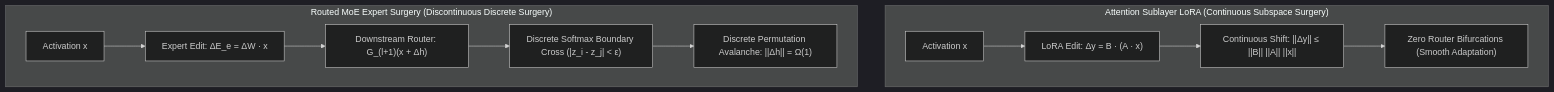
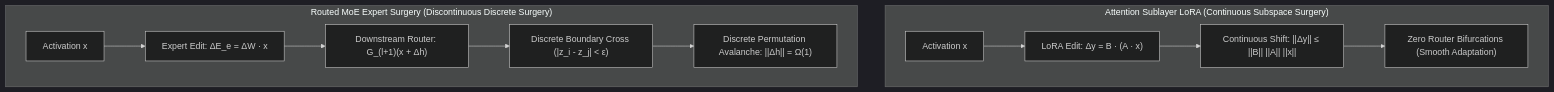
Before and after one commit to srishanthsriramula/ReseachX: the diagram in obsidian/03_Architectures/Attention_LoRA_vs_MoE_Surgery.md, drawn with Mermaid (dark theme). The commit also changed 5 other files, not shown here.

Commit message:
Optimize architectural Mermaid diagrams into single-column responsive vertical layouts to guarantee 100% fit on all screen sizes

````diff
--- a/obsidian/03_Architectures/Attention_LoRA_vs_MoE_Surgery.md
+++ b/obsidian/03_Architectures/Attention_LoRA_vs_MoE_Surgery.md
@@ -10,15 +10,15 @@
 ```mermaid
 flowchart TD
     subgraph AttentionSurgery ["Attention Sublayer LoRA (Continuous Subspace Surgery)"]
-        A_IN["Activation x"] --> A_LORA["LoRA Edit: Δy = B · (A · x)"]
-        A_LORA --> A_CONT["Continuous Shift: ||Δy|| ≤ ||B|| ||A|| ||x||"]
-        A_CONT --> A_STABLE["Zero Router Bifurcations (Smooth Adaptation)"]
+        A1["Activation x"] --> A2["LoRA Edit: Δy = B · (A · x)"]
+        A2 --> A3["Continuous Shift: ||Δy|| ≤ ||B|| ||A|| ||x||"]
+        A3 --> A4["Zero Router Bifurcations (Smooth Adaptation)"]
     end
 
     subgraph MoESurgery ["Routed MoE Expert Surgery (Discontinuous Discrete Surgery)"]
-        M_IN["Activation x"] --> M_EDIT["Expert Edit: ΔE_e = ΔW · x"]
-        M_EDIT --> M_GATE["Downstream Router: G_(l+1)(x + Δh)"]
-        M_GATE --> M_BIF["Discrete Softmax Boundary Cross (|z_i - z_j| < ε)"]
-        M_BIF --> M_AVAL["Discrete Permutation Avalanche: ||Δh|| = Ω(1)"]
+        M1["Activation x"] --> M2["Expert Edit: ΔE_e = ΔW · x"]
+        M2 --> M3["Downstream Router: G_(l+1)(x + Δh)"]
+        M3 --> M4["Discrete Boundary Cross (|z_i - z_j| < ε)"]
+        M4 --> M5["Discrete Permutation Avalanche: ||Δh|| = Ω(1)"]
     end
 ```
````
